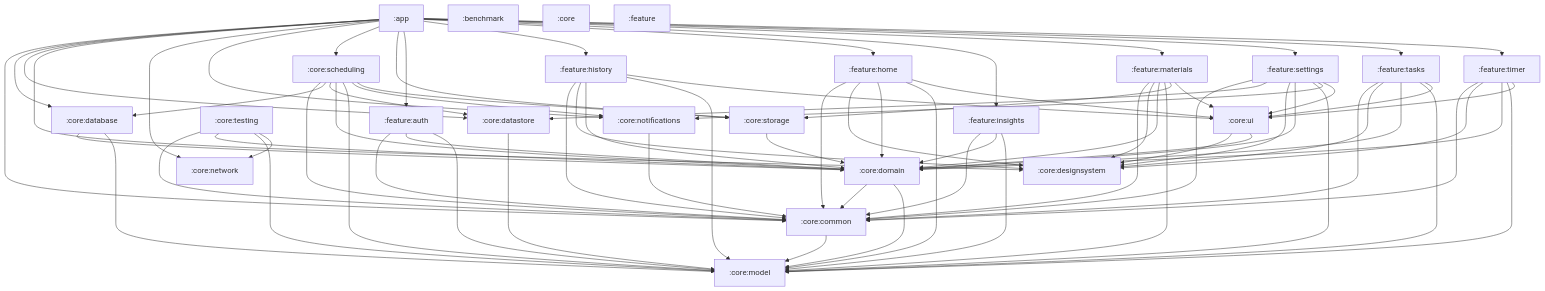
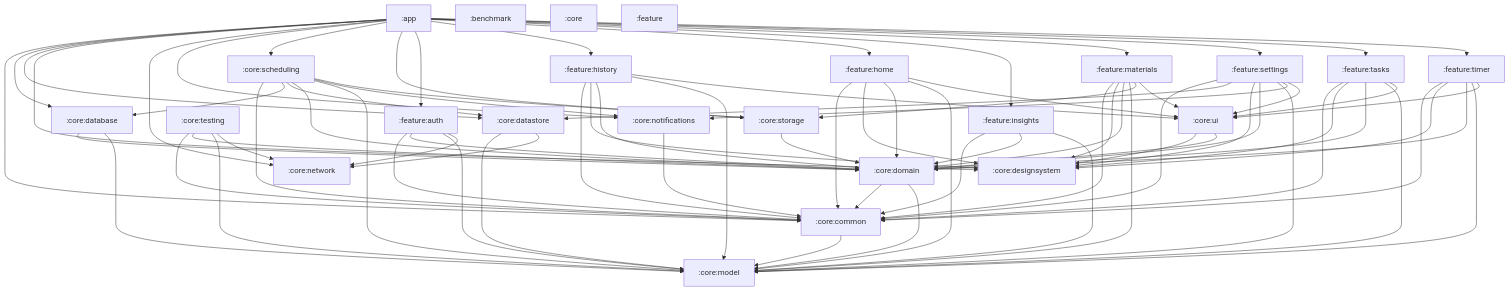
Before and after one commit to konarsubhojit/study-app: the diagram in docs/module-graph.md, drawn with Mermaid. The commit also changed 11 other files, not shown here.

```diff
--- a/docs/module-graph.md
+++ b/docs/module-graph.md
@@ -51,6 +51,7 @@
     core_database --> core_domain
     core_database --> core_model
     core_datastore --> core_model
+    core_datastore --> core_network
     core_domain --> core_common
     core_domain --> core_model
     core_notifications --> core_common
@@ -71,6 +72,7 @@
     feature_auth --> core_common
     feature_auth --> core_domain
     feature_auth --> core_model
+    feature_auth --> core_network
     feature_history --> core_common
     feature_history --> core_designsystem
     feature_history --> core_domain
```
